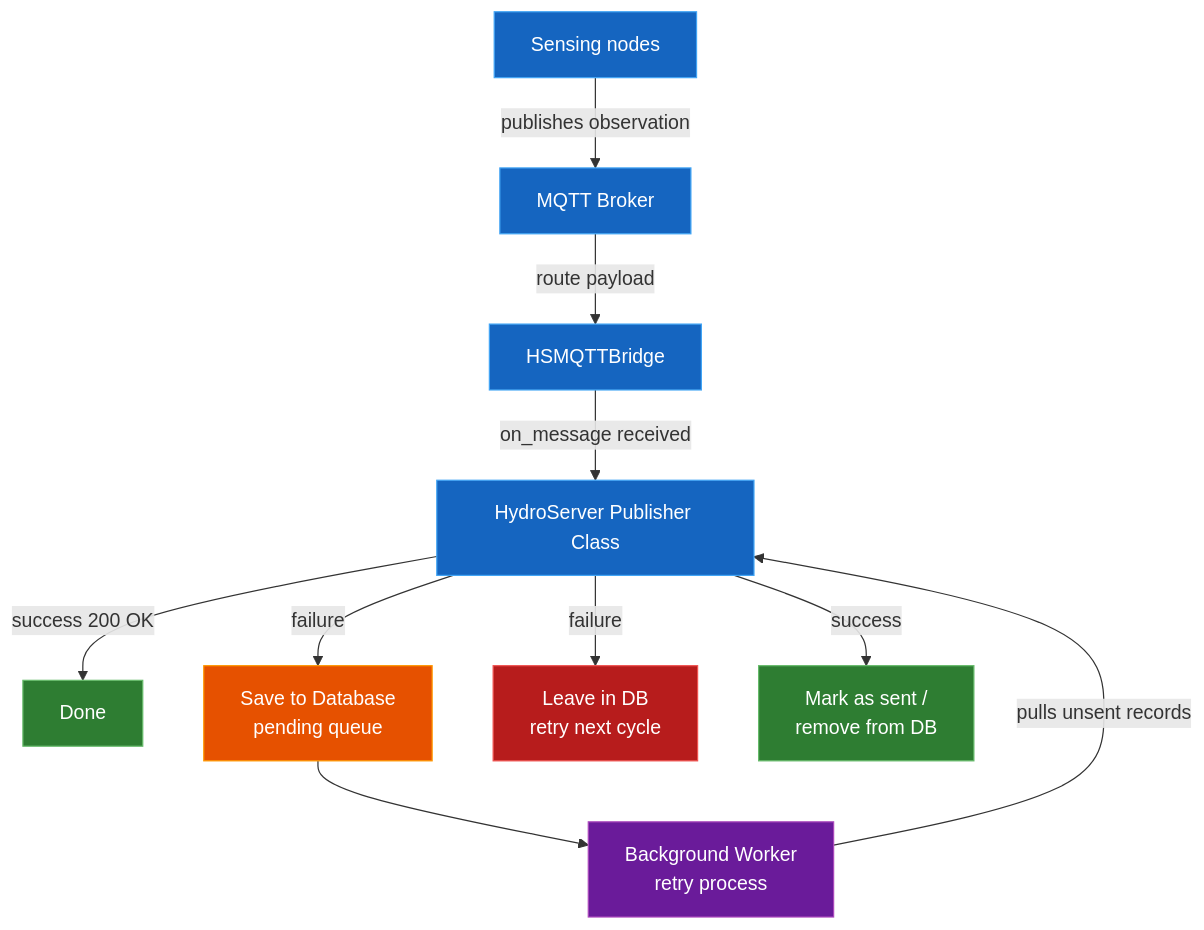
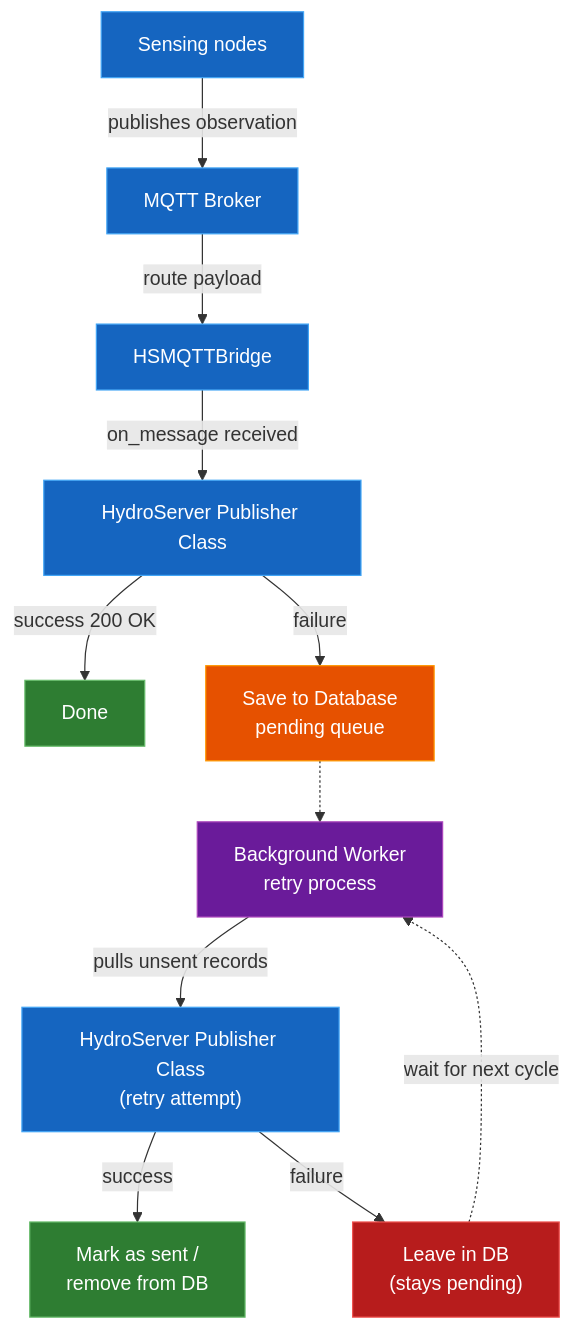
One commit to S-Panta/HSMQTTBridge changed the diagram in docs/flowchart.md. Above: the diagram before and after it, drawn with Mermaid.

````diff
--- a/docs/flowchart.md
+++ b/docs/flowchart.md
@@ -1,21 +1,25 @@
 ```mermaid
 flowchart TB
     X["Sensing nodes"] -- publishes observation --> A["MQTT Broker"]
-    A["MQTT Broker"] -- route payload --> B["HSMQTTBridge"]
+    A -- route payload --> B["HSMQTTBridge"]
     B -- on_message received --> C["HydroServer Publisher Class"]
     C -- success 200 OK --> D["Done"]
-    C -- failure --> E["Save to Database<br>pending queue"] & H["Leave in DB<br>retry next cycle"]
-    E --> F["Background Worker<br>retry process"]
-    F -- pulls unsent records --> C
-    C -- success --> G["Mark as sent /<br>remove from DB"]
+    C -- failure --> E["Save to Database<br>pending queue"]
+
+    E -.-> F["Background Worker<br>retry process"]
+    F -- pulls unsent records --> C2["HydroServer Publisher Class<br>(retry attempt)"]
+    C2 -- success --> G["Mark as sent /<br>remove from DB"]
+    C2 -- failure --> H["Leave in DB<br>(stays pending)"]
+    H -. wait for next cycle .-> F
 
     style A fill:#1565C0,stroke:#42A5F5,color:#FFFFFF
     style B fill:#1565C0,stroke:#42A5F5,color:#FFFFFF
     style C fill:#1565C0,stroke:#42A5F5,color:#FFFFFF
+    style C2 fill:#1565C0,stroke:#42A5F5,color:#FFFFFF
     style D fill:#2E7D32,stroke:#66BB6A,color:#FFFFFF
     style E fill:#E65100,stroke:#FF9800,color:#FFFFFF
     style F fill:#6A1B9A,stroke:#AB47BC,color:#FFFFFF
     style G fill:#2E7D32,stroke:#66BB6A,color:#FFFFFF
     style H fill:#B71C1C,stroke:#EF5350,color:#FFFFFF
     style X fill:#1565C0,stroke:#42A5F5,color:#FFFFFF
 ```
````
